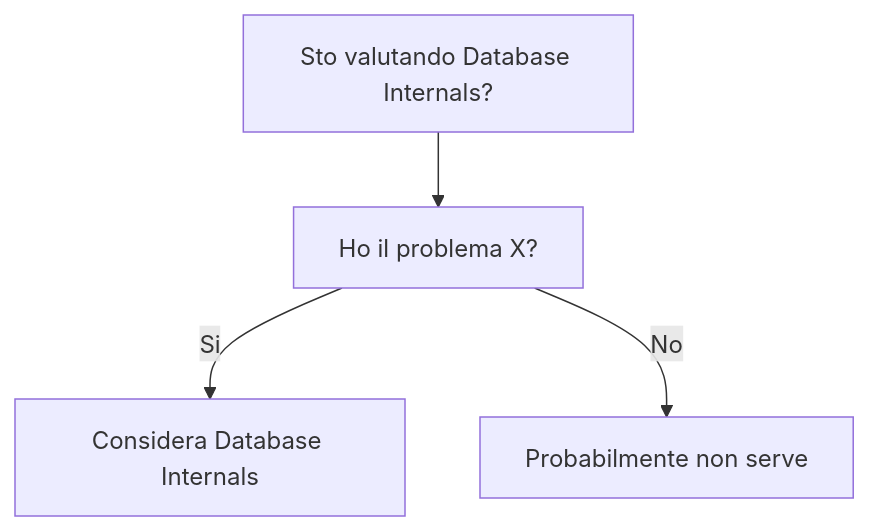
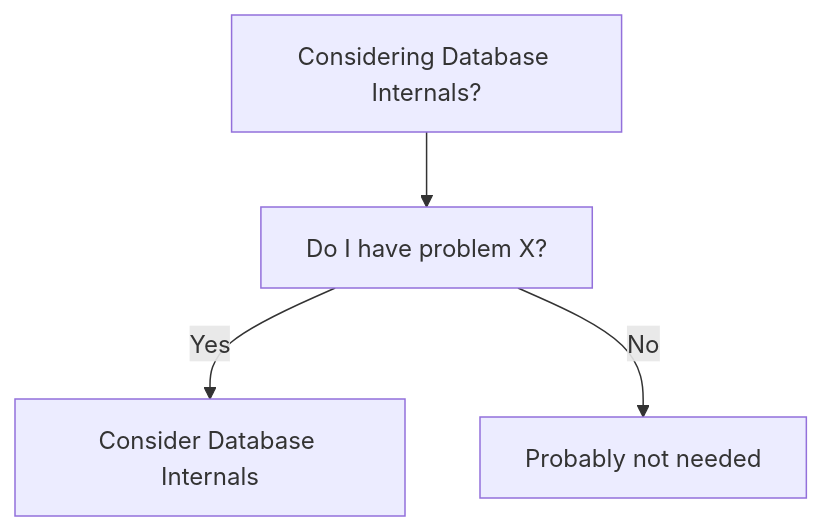
The diagram in dev-wiki/06_Data_Storage/Database_Internals/When_To_Use.md (HxT9/Software-Dev-Wiki), drawn with Mermaid before and after one commit. The commit also changed other lines of this file and 3444 other files, not shown here.

````diff
--- a/dev-wiki/06_Data_Storage/Database_Internals/When_To_Use.md
+++ b/dev-wiki/06_Data_Storage/Database_Internals/When_To_Use.md
@@ -19,6 +19,6 @@
 ```mermaid
 flowchart TD
-  Q[Sto valutando Database Internals?] --> Q1[Ho il problema X?]
-  Q1 -->|Si| OK[Considera Database Internals]
-  Q1 -->|No| NO[Probabilmente non serve]
+  Q[Considering Database Internals?] --> Q1[Do I have problem X?]
+  Q1 -->|Yes| OK[Consider Database Internals]
+  Q1 -->|No| NO[Probably not needed]
 ```
````
